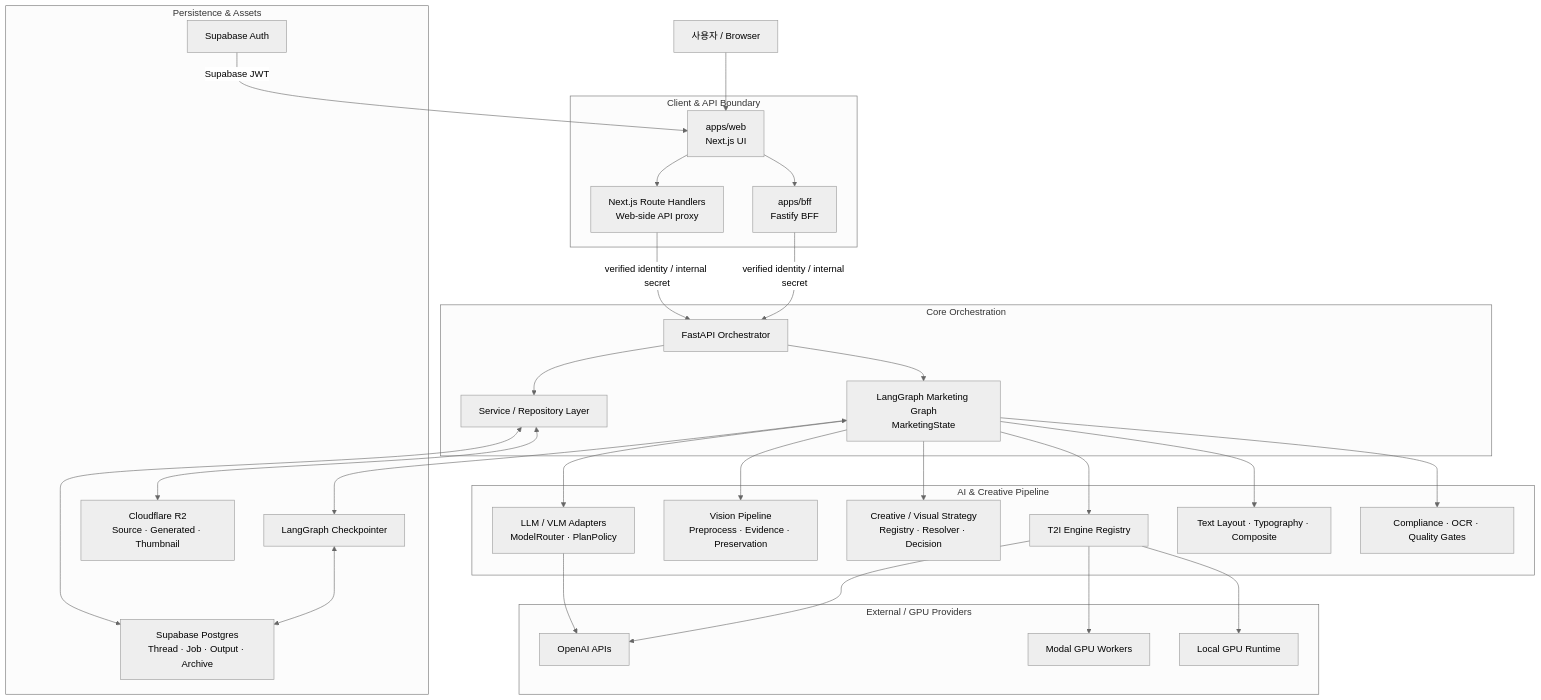
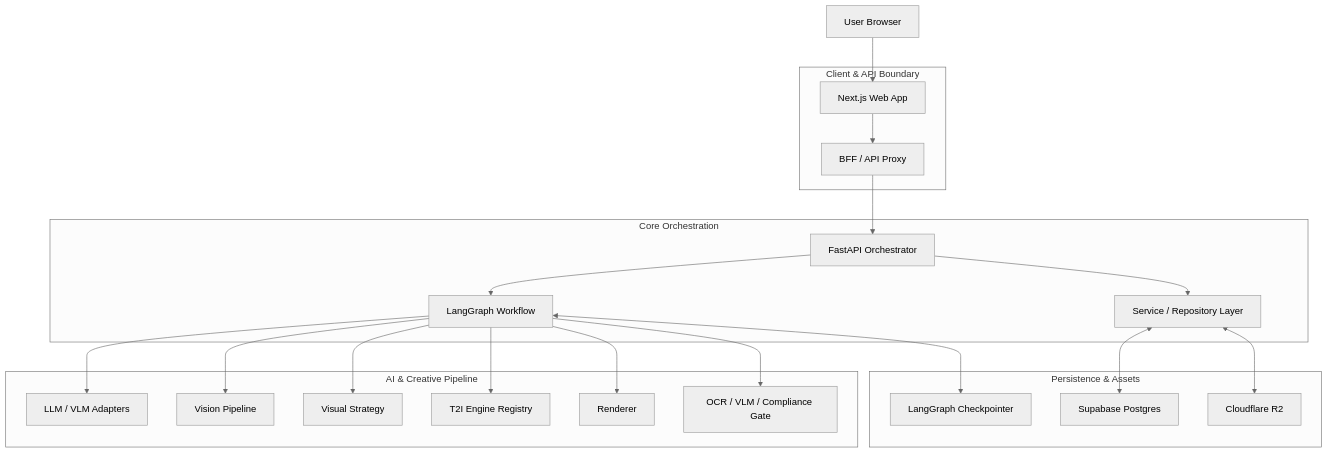
Before and after one commit to ming2tofu33/pjt-sprint_ai07_easyadsAGENT: the second of 2 diagrams in README.md, drawn with Mermaid (neutral theme). The commit also changed other lines of this file and 11 other files, not shown here.

````diff
--- a/README.md
+++ b/README.md
@@ -298,64 +188,47 @@
 ```mermaid
 flowchart TB
-    User["사용자 / Browser"]
+    User["User Browser"]
 
     subgraph Client["Client & API Boundary"]
-        Web["apps/web<br/>Next.js UI"]
-        WebProxy["Next.js Route Handlers<br/>Web-side API proxy"]
-        BFF["apps/bff<br/>Fastify BFF"]
+        Web["Next.js Web App"]
+        BFF["BFF / API Proxy"]
     end
 
     subgraph Core["Core Orchestration"]
         API["FastAPI Orchestrator"]
-        Graph["LangGraph Marketing Graph<br/>MarketingState"]
+        Graph["LangGraph Workflow"]
         Service["Service / Repository Layer"]
     end
 
-    subgraph Intelligence["AI & Creative Pipeline"]
-        LLM["LLM / VLM Adapters<br/>ModelRouter · PlanPolicy"]
-        Vision["Vision Pipeline<br/>Preprocess · Evidence · Preservation"]
-        Strategy["Creative / Visual Strategy<br/>Registry · Resolver · Decision"]
+    subgraph AIPipe["AI & Creative Pipeline"]
+        LLM["LLM / VLM Adapters"]
+        Vision["Vision Pipeline"]
+        Strategy["Visual Strategy"]
         T2I["T2I Engine Registry"]
-        Render["Text Layout · Typography · Composite"]
-        Quality["Compliance · OCR · Quality Gates"]
-    end
-
-    subgraph Providers["External / GPU Providers"]
-        OpenAI["OpenAI APIs"]
-        Modal["Modal GPU Workers"]
-        LocalGPU["Local GPU Runtime"]
+        Render["Renderer"]
+        Quality["OCR / VLM / Compliance Gate"]
     end
 
     subgraph Data["Persistence & Assets"]
-        Auth["Supabase Auth"]
-        DB["Supabase Postgres<br/>Thread · Job · Output · Archive"]
+        DB["Supabase Postgres"]
         Checkpoint["LangGraph Checkpointer"]
-        R2["Cloudflare R2<br/>Source · Generated · Thumbnail"]
+        R2["Cloudflare R2"]
     end
 
     User --> Web
-    Auth -->|"Supabase JWT"| Web
-    Web --> WebProxy
     Web --> BFF
-    WebProxy -->|"verified identity / internal secret"| API
-    BFF -->|"verified identity / internal secret"| API
-
+    BFF --> API
     API --> Graph
     API --> Service
+
     Graph --> LLM
     Graph --> Vision
     Graph --> Strategy
     Graph --> T2I
     Graph --> Render
     Graph --> Quality
 
-    LLM --> OpenAI
-    T2I --> OpenAI
-    T2I --> Modal
-    T2I --> LocalGPU
-
+    Service <--> DB
     Graph <--> Checkpoint
-    Service <--> DB
-    Checkpoint <--> DB
     Service <--> R2
 ```
````
